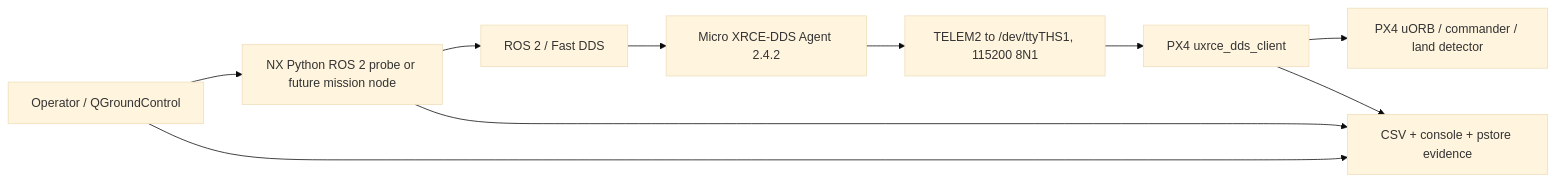
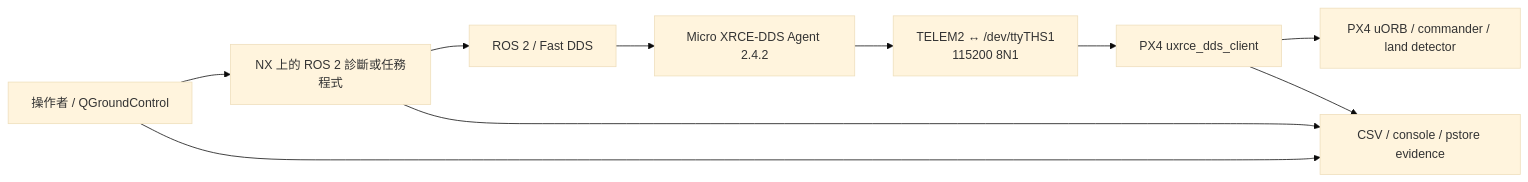
One commit to DDlic/p450-jetson-handoff changed the diagram in docs/architecture/REPOSITORY_MAP.md. Above: the diagram before and after it, drawn with Mermaid (base theme). The commit also changed other lines of this file and 1 other file, not shown here.

````diff
--- a/docs/architecture/REPOSITORY_MAP.md
+++ b/docs/architecture/REPOSITORY_MAP.md
@@ -18,17 +32,17 @@
 ```mermaid
 flowchart LR
-    OP["Operator / QGroundControl"]
-    NODE["NX Python ROS 2 probe or future mission node"]
+    OP["操作者 / QGroundControl"]
+    NODE["NX 上的 ROS 2 診斷或任務程式"]
     DDS["ROS 2 / Fast DDS"]
     AGENT["Micro XRCE-DDS Agent 2.4.2"]
-    UART["TELEM2 to /dev/ttyTHS1, 115200 8N1"]
+    UART["TELEM2 ↔ /dev/ttyTHS1<br>115200 8N1"]
     CLIENT["PX4 uxrce_dds_client"]
     UORB["PX4 uORB / commander / land detector"]
-    EV["CSV + console + pstore evidence"]
+    EV["CSV / console / pstore evidence"]
 
     OP --> NODE
     NODE --> DDS --> AGENT --> UART --> CLIENT --> UORB
     NODE --> EV
     CLIENT --> EV
     OP --> EV
 ```
````
